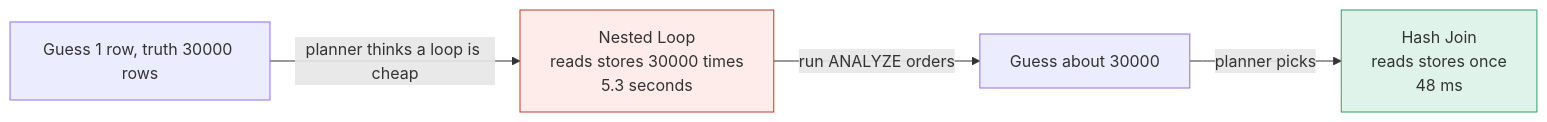
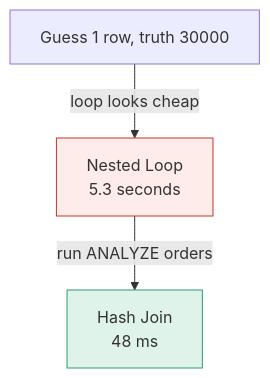
The fourth of 5 diagrams in learn/database/11-reading-explain.md (starjustice/research-material), drawn with Mermaid before and after one commit. The commit also changed other lines of this file, not shown here.

Commit message:
Reshape Database lesson 11 (Reading EXPLAIN) into short cards with guess bars and blue More detail bars

````diff
--- a/learn/database/11-reading-explain.md
+++ b/learn/database/11-reading-explain.md
@@ -134,8 +189,7 @@
 ```mermaid
-graph LR
-    G["Guess 1 row, truth 30000 rows"] -->|planner thinks a loop is cheap| N["Nested Loop<br/>reads stores 30000 times<br/>5.3 seconds"]
-    N -->|run ANALYZE orders| F["Guess about 30000"]
-    F -->|planner picks| H["Hash Join<br/>reads stores once<br/>48 ms"]
+graph TB
+    G["Guess 1 row, truth 30000"] -->|loop looks cheap| N["Nested Loop<br/>5.3 seconds"]
+    N -->|run ANALYZE orders| H["Hash Join<br/>48 ms"]
     style N fill:#fdecea,stroke:#c0392b
     style H fill:#dff3ea,stroke:#2f9e6b
 ```
````
